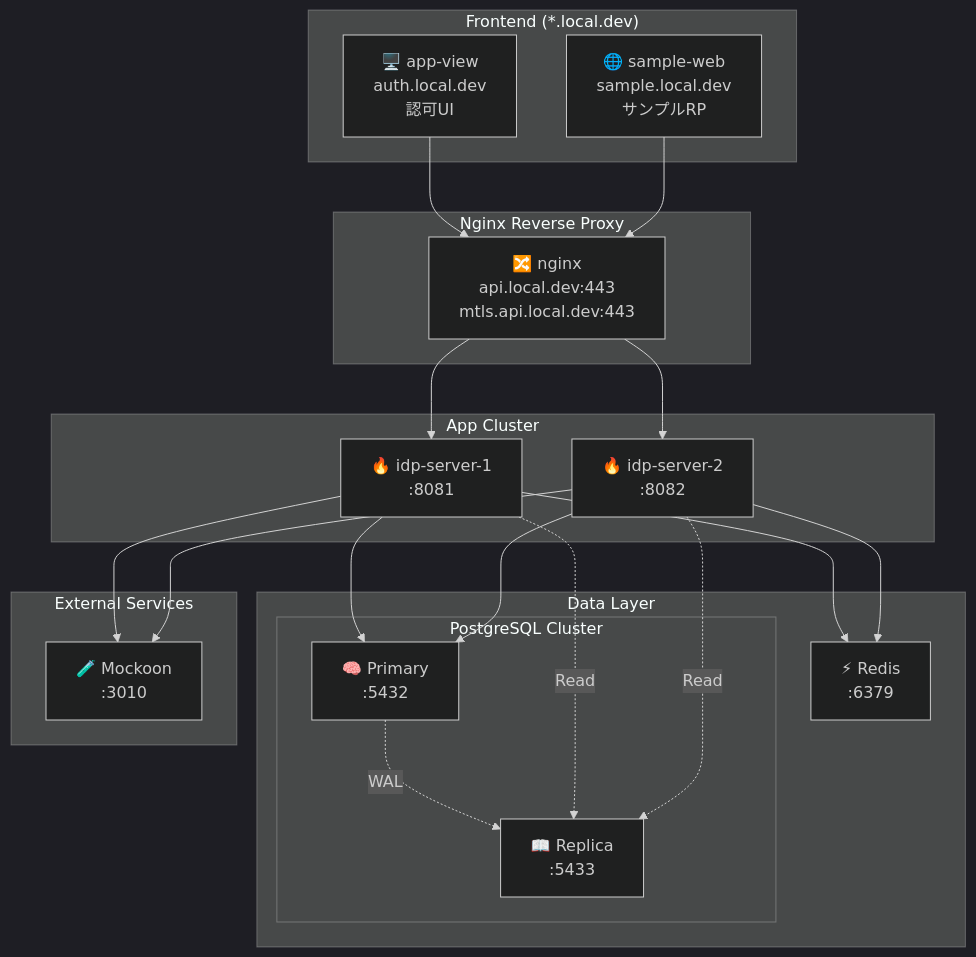
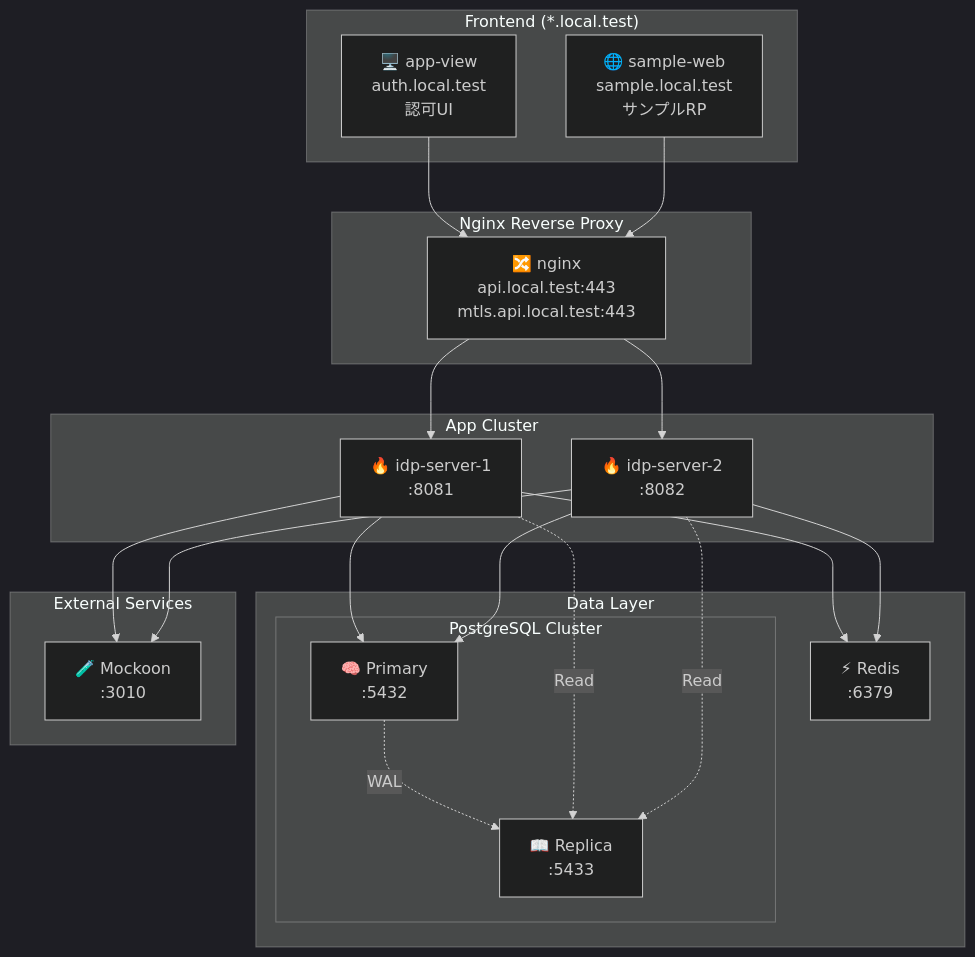
One commit to hirokazu-kobayashi-koba-hiro/idp-server changed the diagram in documentation/docs/content_02_quickstart/quickstart-01-getting-started.md. Above: the diagram before and after it, drawn with Mermaid (dark theme). The commit also changed other lines of this file and 143 other files, not shown here.

First line of the commit message:
refactor: local.dev → local.test TLD移行

````diff
--- a/documentation/docs/content_02_quickstart/quickstart-01-getting-started.md
+++ b/documentation/docs/content_02_quickstart/quickstart-01-getting-started.md
@@ -22,44 +22,44 @@
 ```mermaid
 flowchart TD
-subgraph Frontend["Frontend (*.local.dev)"]
-app_view[🖥️ app-view<br>auth.local.dev<br>認可UI]
-sample_web[🌐 sample-web<br>sample.local.dev<br>サンプルRP]
+subgraph Frontend["Frontend (*.local.test)"]
+app_view[🖥️ app-view<br>auth.local.test<br>認可UI]
+sample_web[🌐 sample-web<br>sample.local.test<br>サンプルRP]
 end
 
 subgraph Nginx["Nginx Reverse Proxy"]
-nginx[🔀 nginx<br>api.local.dev:443<br>mtls.api.local.dev:443]
+nginx[🔀 nginx<br>api.local.test:443<br>mtls.api.local.test:443]
 end
 
 subgraph App["App Cluster"]
 idp1[🔥 idp-server-1<br>:8081]
 idp2[🔥 idp-server-2<br>:8082]
 end
 
 subgraph Data["Data Layer"]
 subgraph PostgreSQL["PostgreSQL Cluster"]
 pg_primary[🧠 Primary<br>:5432]
 pg_replica[📖 Replica<br>:5433]
 pg_primary -.->|WAL| pg_replica
 end
 redis[⚡ Redis<br>:6379]
 end
 
 subgraph External["External Services"]
 mockoon[🧪 Mockoon<br>:3010]
 end
 
 app_view --> nginx
 sample_web --> nginx
 nginx --> idp1
 nginx --> idp2
 
 idp1 --> pg_primary
 idp1 -.->|Read| pg_replica
 idp1 --> redis
 idp1 --> mockoon
 
 idp2 --> pg_primary
 idp2 -.->|Read| pg_replica
 idp2 --> redis
 idp2 --> mockoon
 ```
````
